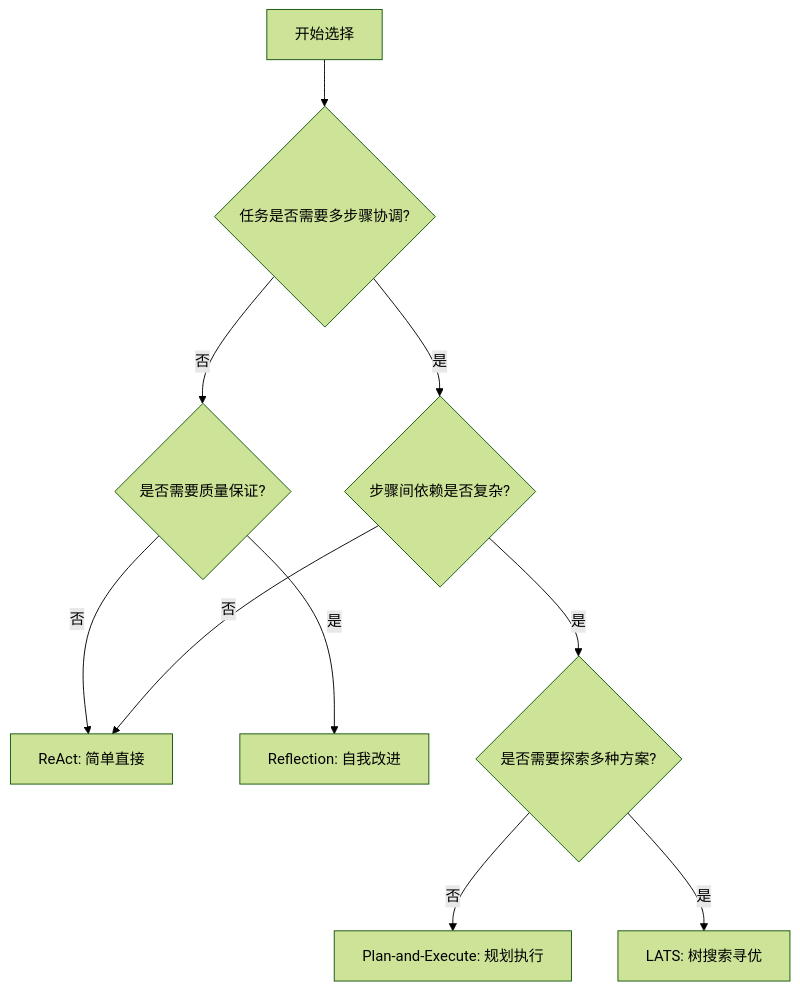
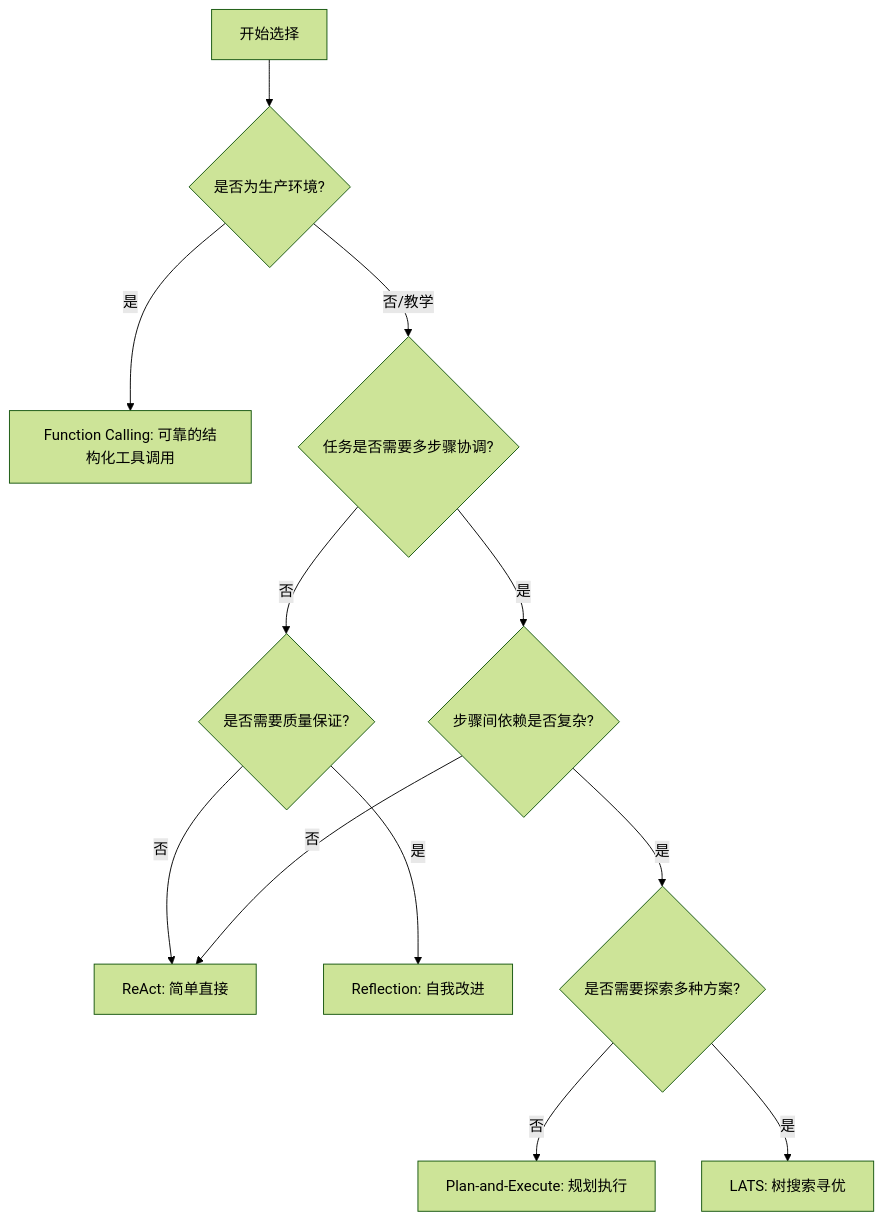
One commit to moklgydocs/moklgydocs.github.io changed the fifth of 5 diagrams in src/AI实践/07_AI工程师专栏/04_Agent系统开发/01_Agent架构模式.md. Above: the diagram before and after it, drawn with Mermaid (forest theme). The commit also changed other lines of this file, not shown here.

Commit message:
fix(P2): add Function Calling as primary agent approach + fix eval() security issue

````diff
--- a/src/AI实践/07_AI工程师专栏/04_Agent系统开发/01_Agent架构模式.md
+++ b/src/AI实践/07_AI工程师专栏/04_Agent系统开发/01_Agent架构模式.md
@@ -557,12 +802,14 @@
 ```mermaid
 flowchart TD
-    START[开始选择] --> Q1{任务是否需要多步骤协调?}
+    START[开始选择] --> Q0{是否为生产环境?}
+    Q0 -->|是| FC[Function Calling: 可靠的结构化工具调用]
+    Q0 -->|否/教学| Q1{任务是否需要多步骤协调?}
     Q1 -->|否| Q2{是否需要质量保证?}
     Q1 -->|是| Q3{步骤间依赖是否复杂?}
     Q2 -->|否| REACT[ReAct: 简单直接]
     Q2 -->|是| REFLECT[Reflection: 自我改进]
     Q3 -->|否| REACT
     Q3 -->|是| Q4{是否需要探索多种方案?}
     Q4 -->|否| PLAN[Plan-and-Execute: 规划执行]
     Q4 -->|是| LATS[LATS: 树搜索寻优]
 ```
````
